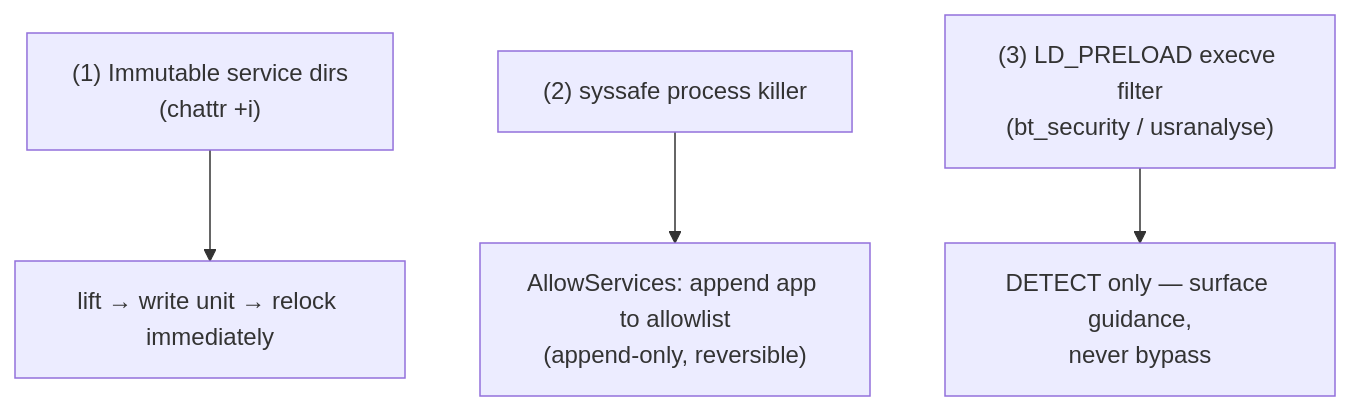
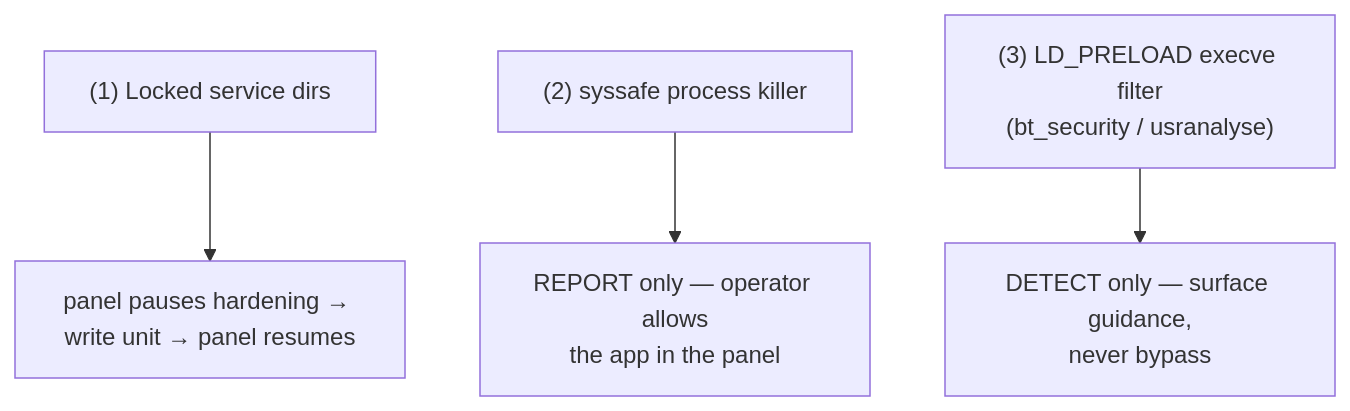
Before and after one commit to yashodhank/aaPanel-tomcat-plugin: the fourth of 4 diagrams in docs/architecture.md, drawn with Mermaid. The commit also changed other lines of this file and 9 other files, not shown here.

Commit message:
docs(hardening): describe the panel pause and the removed allowlist button

````diff
--- a/docs/architecture.md
+++ b/docs/architecture.md
@@ -177,6 +175,6 @@
 ```mermaid
 flowchart TD
-    one["(1) Immutable service dirs<br/>(chattr +i)"] --> oneAct["lift → write unit → relock immediately"]
-    two["(2) syssafe process killer"] --> twoAct["AllowServices: append app to allowlist<br/>(append-only, reversible)"]
+    one["(1) Locked service dirs"] --> oneAct["panel pauses hardening → write unit → panel resumes"]
+    two["(2) syssafe process killer"] --> twoAct["REPORT only — operator allows<br/>the app in the panel"]
     three["(3) LD_PRELOAD execve filter<br/>(bt_security / usranalyse)"] --> threeAct["DETECT only — surface guidance,<br/>never bypass"]
 ```
````
